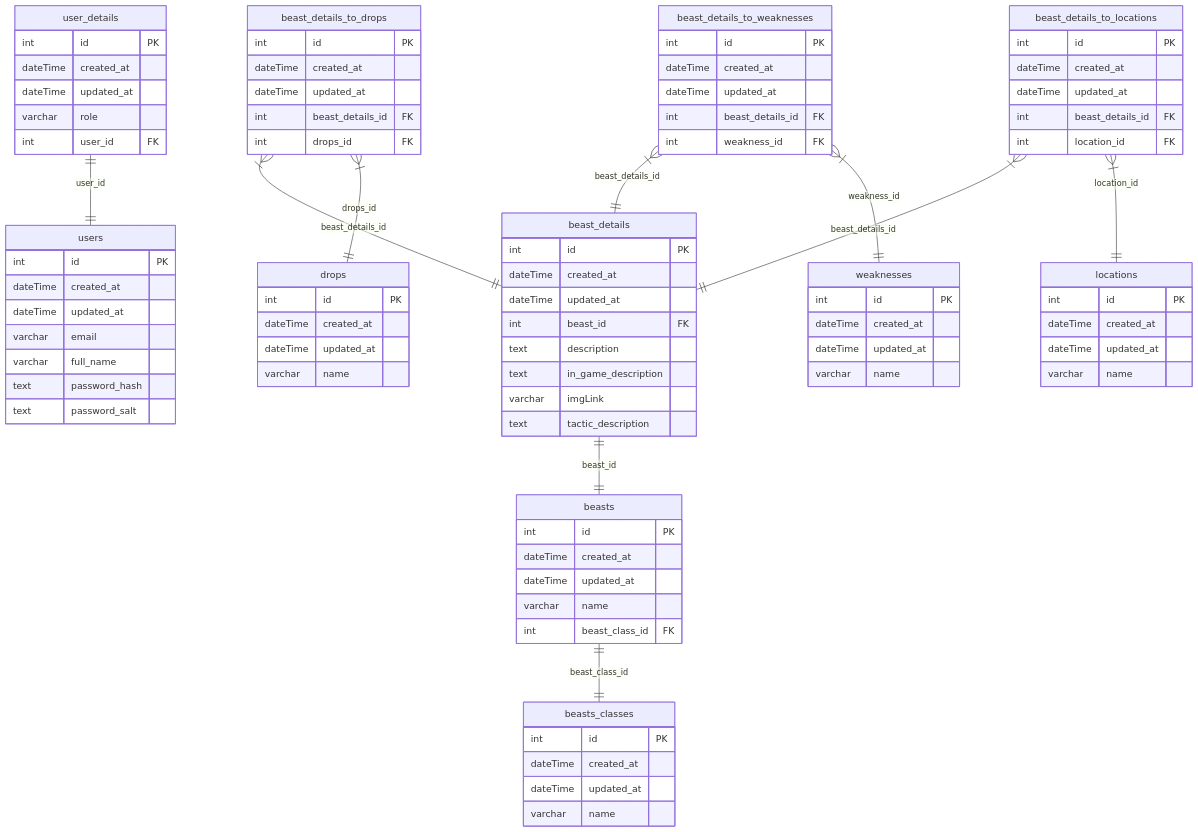
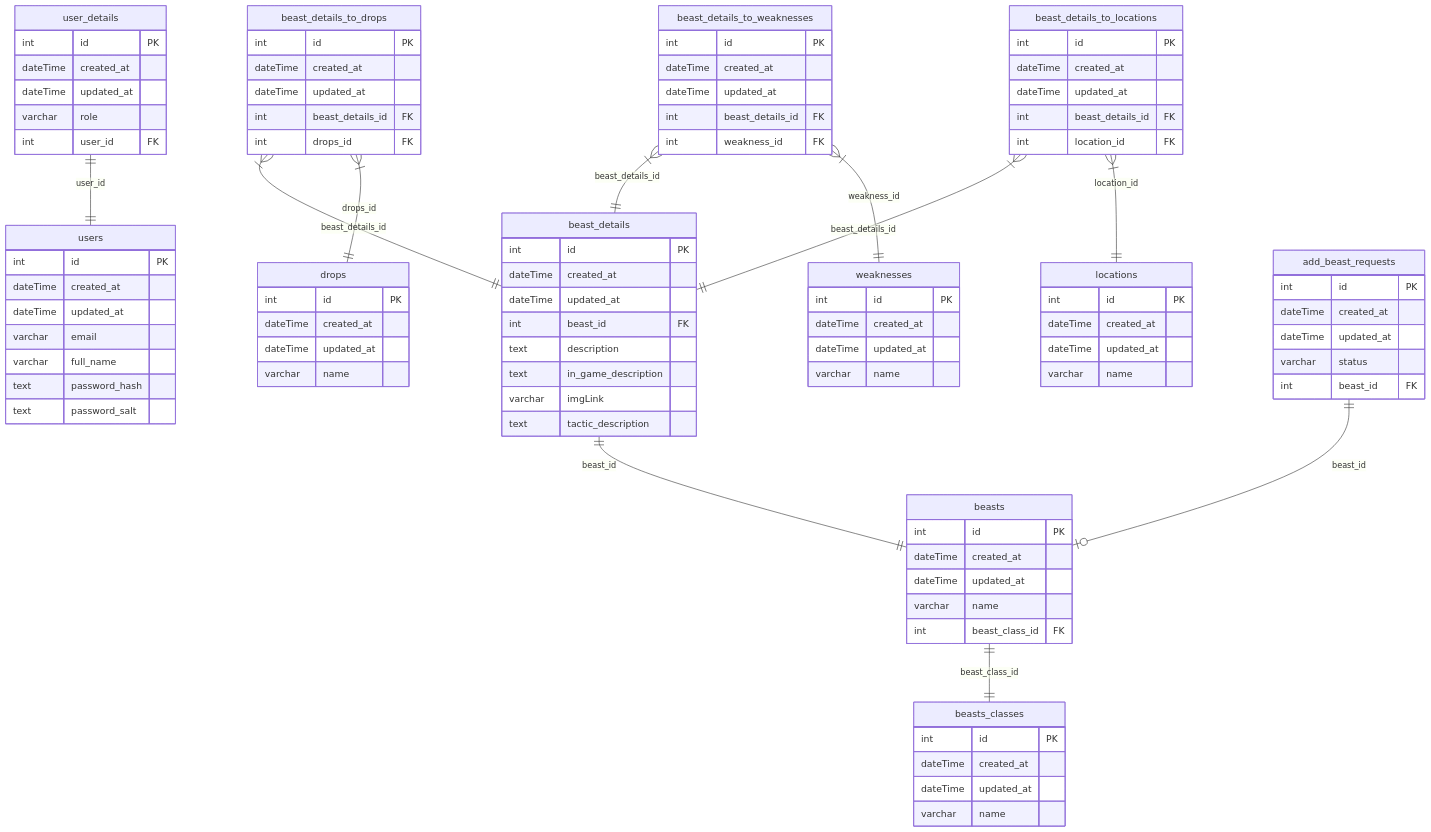
Before and after one commit to WilhelmWesser/beastiarium: the diagram in readme.md, drawn with Mermaid.

Commit message:
BSTRM: updated db schema regarding add beast request

````diff
--- a/readme.md
+++ b/readme.md
@@ -100,5 +100,14 @@
         int beast_details_id FK
         int weakness_id FK
     }
+    
+    add_beast_requests  ||--o| beasts : beast_id
+    add_beast_requests {
+        int id PK
+        dateTime created_at
+        dateTime updated_at
+        varchar status
+        int beast_id FK
+    }
 
 ```
````
